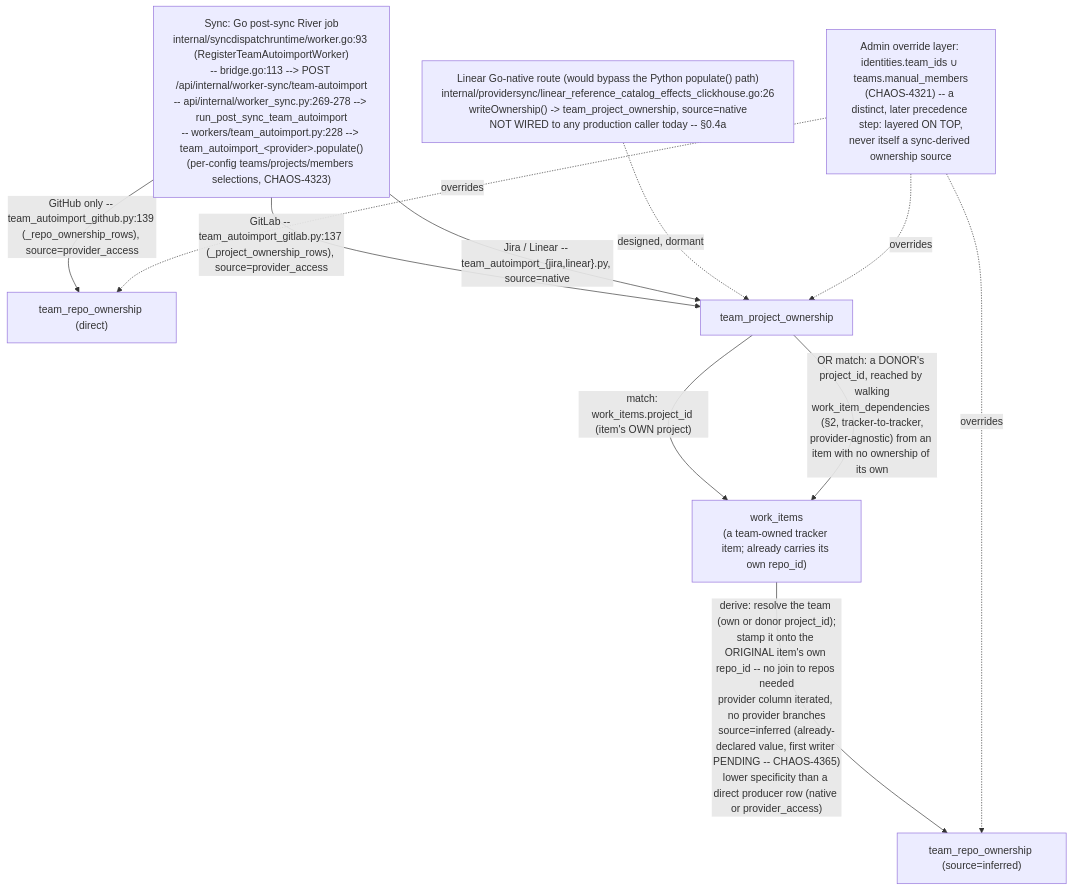
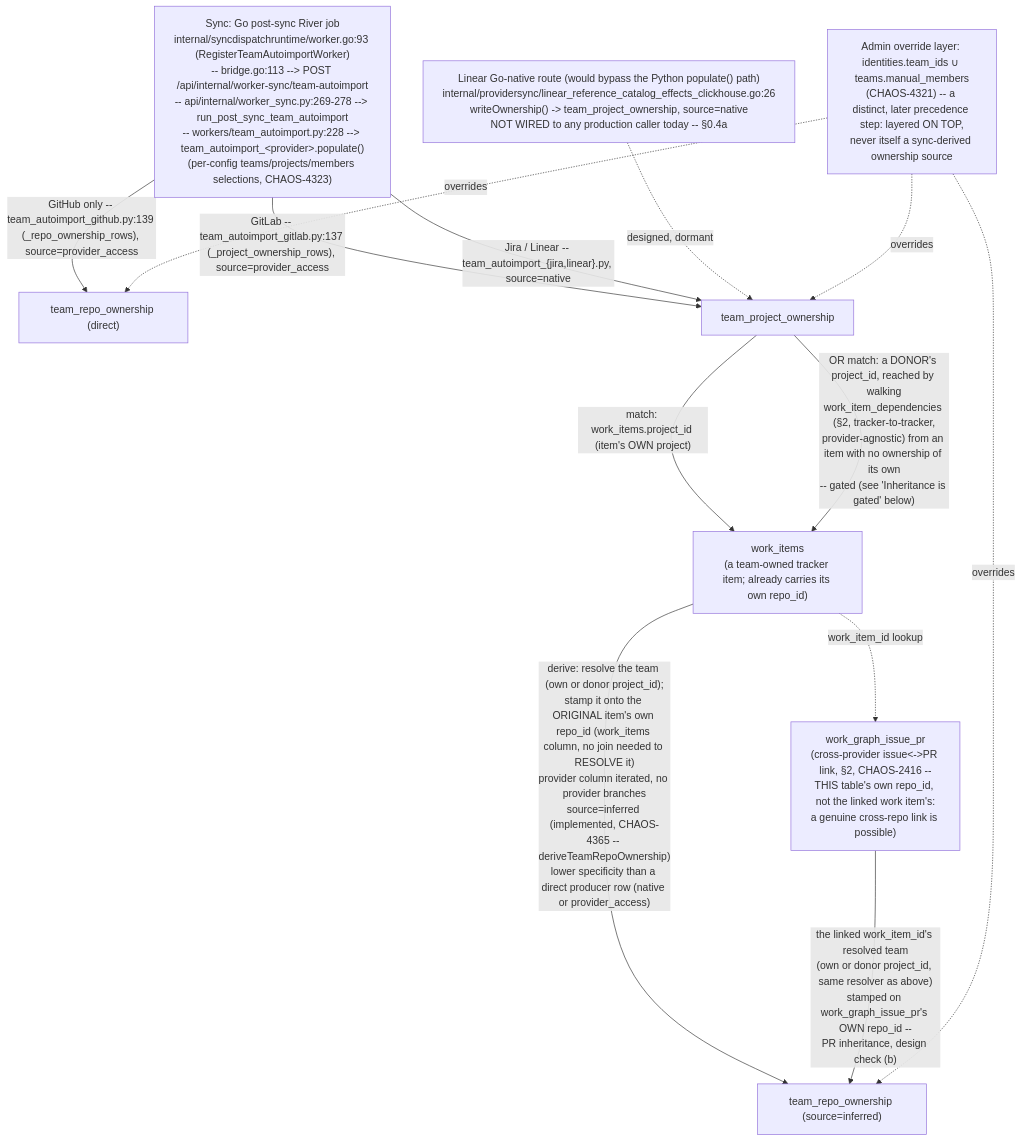
One commit to full-chaos/dev-health-ops changed the third of 7 diagrams in docs/contribute/architecture/team-attribution.md. Above: the diagram before and after it, drawn with Mermaid. The commit also changed other lines of this file, not shown here.

````diff
--- a/docs/contribute/architecture/team-attribution.md
+++ b/docs/contribute/architecture/team-attribution.md
@@ -915,18 +936,21 @@
 ```mermaid
 flowchart TD
     SYNC["Sync: Go post-sync River job<br/>internal/syncdispatchruntime/worker.go:93 (RegisterTeamAutoimportWorker)<br/>-- bridge.go:113 --&gt; POST /api/internal/worker-sync/team-autoimport<br/>-- api/internal/worker_sync.py:269-278 --&gt; run_post_sync_team_autoimport<br/>-- workers/team_autoimport.py:228 --&gt; team_autoimport_&lt;provider&gt;.populate()<br/>(per-config teams/projects/members selections, CHAOS-4323)"]
     SYNC -->|"GitHub only -- team_autoimport_github.py:139 (_repo_ownership_rows), source=provider_access"| TRO_direct["team_repo_ownership (direct)"]
     SYNC -->|"GitLab -- team_autoimport_gitlab.py:137 (_project_ownership_rows), source=provider_access"| TPO["team_project_ownership"]
     SYNC -->|"Jira / Linear -- team_autoimport_{jira,linear}.py, source=native"| TPO
     LGN["Linear Go-native route (would bypass the Python populate() path)<br/>internal/providersync/linear_reference_catalog_effects_clickhouse.go:26<br/>writeOwnership() -&gt; team_project_ownership, source=native<br/>NOT WIRED to any production caller today -- §0.4a"] -. designed, dormant .-> TPO
 
     TPO -->|"match: work_items.project_id (item's OWN project)"| WI["work_items<br/>(a team-owned tracker item; already carries its own repo_id)"]
-    TPO -->|"OR match: a DONOR's project_id, reached by walking<br/>work_item_dependencies (§2, tracker-to-tracker,<br/>provider-agnostic) from an item with no ownership of its own"| WI
+    TPO -->|"OR match: a DONOR's project_id, reached by walking<br/>work_item_dependencies (§2, tracker-to-tracker,<br/>provider-agnostic) from an item with no ownership of its own<br/>-- gated (see 'Inheritance is gated' below)"| WI
 
-    WI -->|"derive: resolve the team (own or donor project_id);<br/>stamp it onto the ORIGINAL item's own repo_id -- no join to repos needed<br/>provider column iterated, no provider branches<br/>source=inferred (already-declared value, first writer PENDING -- CHAOS-4365)<br/>lower specificity than a direct producer row (native or provider_access)"| TRO_derived["team_repo_ownership (source=inferred)"]
+    WI -->|"derive: resolve the team (own or donor project_id);<br/>stamp it onto the ORIGINAL item's own repo_id (work_items column, no join needed to RESOLVE it)<br/>provider column iterated, no provider branches<br/>source=inferred (implemented, CHAOS-4365 -- deriveTeamRepoOwnership)<br/>lower specificity than a direct producer row (native or provider_access)"| TRO_derived["team_repo_ownership (source=inferred)"]
+
+    WGIP["work_graph_issue_pr<br/>(cross-provider issue&lt;-&gt;PR link, §2, CHAOS-2416 --<br/>THIS table's own repo_id, not the linked work item's:<br/>a genuine cross-repo link is possible)"] -->|"the linked work_item_id's resolved team<br/>(own or donor project_id, same resolver as above)<br/>stamped on work_graph_issue_pr's OWN repo_id --<br/>PR inheritance, design check (b)"| TRO_derived
+    WI -. "work_item_id lookup" .-> WGIP
 
     ADMIN["Admin override layer: identities.team_ids ∪ teams.manual_members<br/>(CHAOS-4321) -- a distinct, later precedence step: layered ON TOP,<br/>never itself a sync-derived ownership source"]
     ADMIN -. overrides .-> TPO
     ADMIN -. overrides .-> TRO_direct
     ADMIN -. overrides .-> TRO_derived
 ```
````
